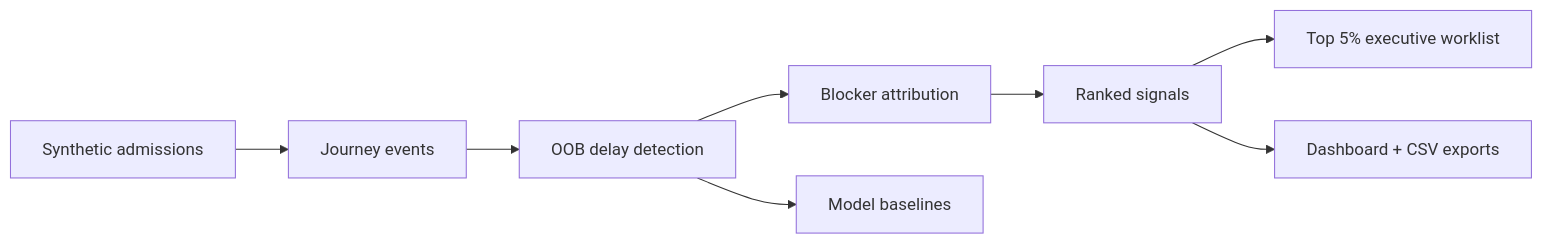
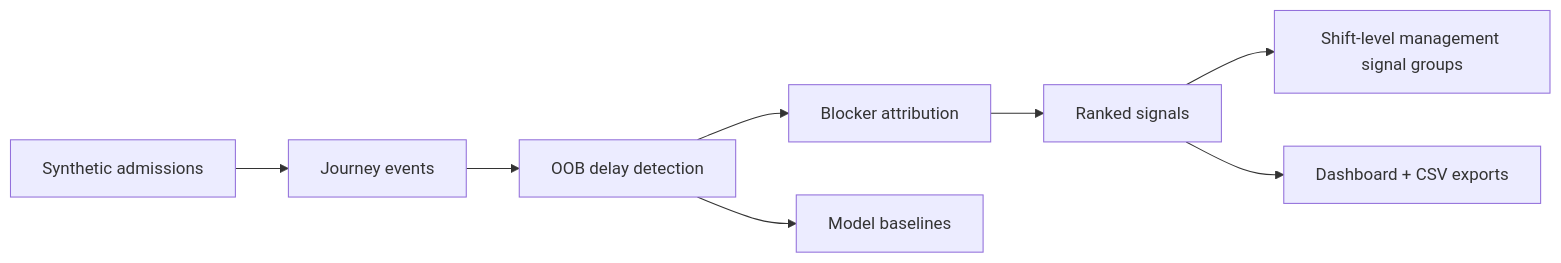
The diagram in README.md (AndrewMichael2020/discharge-delay-flags), drawn with Mermaid before and after one commit. The commit also changed other lines of this file and 8 other files, not shown here.

````diff
--- a/README.md
+++ b/README.md
@@ -65,10 +73,10 @@
 ```mermaid
 flowchart LR
   A["Synthetic admissions"] --> B["Journey events"]
   B --> C["OOB delay detection"]
   C --> D["Blocker attribution"]
   D --> E["Ranked signals"]
-  E --> F["Top 5% executive worklist"]
+  E --> F["Shift-level management signal groups"]
   E --> G["Dashboard + CSV exports"]
   C --> H["Model baselines"]
 ```
````
